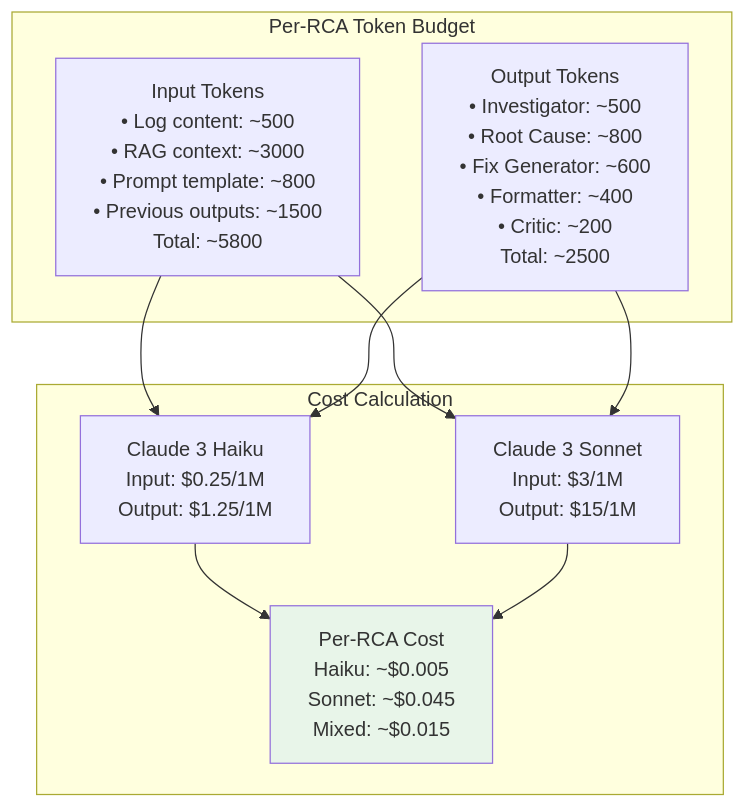
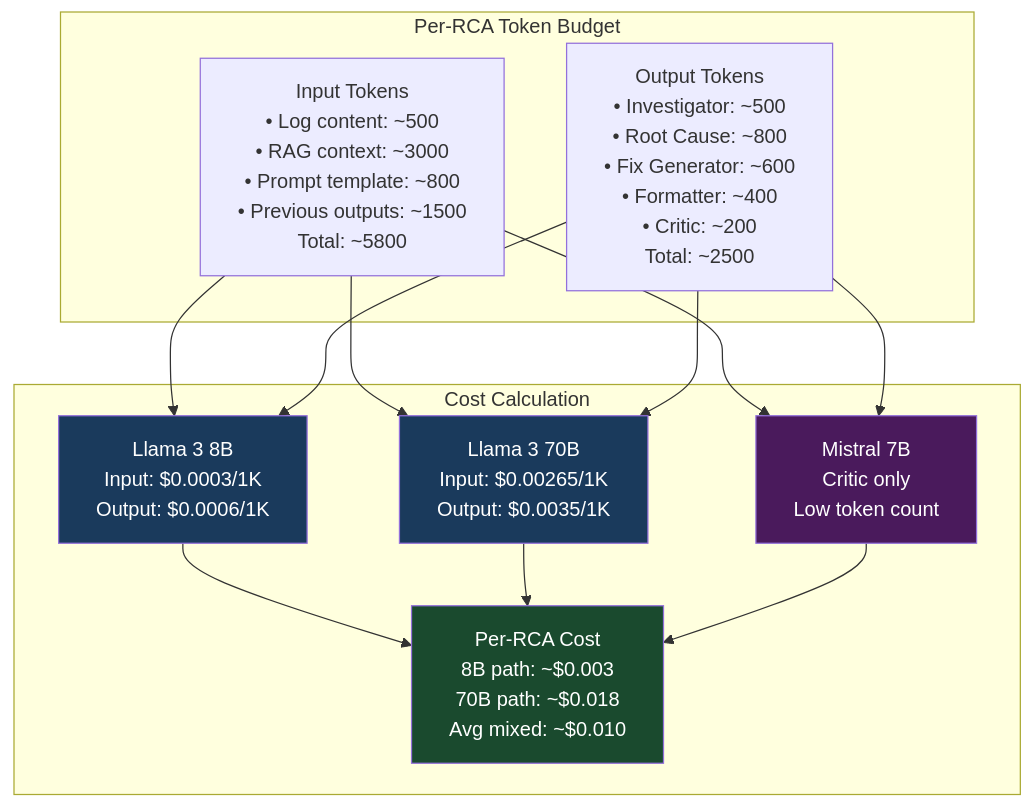
Diagram 15 of 16 in README.md (nasim-raj-laskar/InfraMind), drawn with Mermaid before and after one commit. The commit also changed other lines of this file and 1 other file, not shown here.

````diff
--- a/README.md
+++ b/README.md
@@ -960,25 +936,32 @@
 ```mermaid
 graph TB
     subgraph "Per-RCA Token Budget"
         INPUT["Input Tokens<br/>• Log content: ~500<br/>• RAG context: ~3000<br/>• Prompt template: ~800<br/>• Previous outputs: ~1500<br/>Total: ~5800"]
         
         OUTPUT["Output Tokens<br/>• Investigator: ~500<br/>• Root Cause: ~800<br/>• Fix Generator: ~600<br/>• Formatter: ~400<br/>• Critic: ~200<br/>Total: ~2500"]
     end
     
     subgraph "Cost Calculation"
-        HAIKU["Claude 3 Haiku<br/>Input: $0.25/1M<br/>Output: $1.25/1M"]
-        SONNET["Claude 3 Sonnet<br/>Input: $3/1M<br/>Output: $15/1M"]
+        LLAMA8["Llama 3 8B<br/>Input: $0.0003/1K<br/>Output: $0.0006/1K"]
+        LLAMA70["Llama 3 70B<br/>Input: $0.00265/1K<br/>Output: $0.0035/1K"]
+        MISTRAL["Mistral 7B<br/>Critic only<br/>Low token count"]
         
-        COST["Per-RCA Cost<br/>Haiku: ~$0.005<br/>Sonnet: ~$0.045<br/>Mixed: ~$0.015"]
+        COST["Per-RCA Cost<br/>8B path: ~$0.003<br/>70B path: ~$0.018<br/>Avg mixed: ~$0.010"]
     end
     
-    INPUT --> HAIKU
-    OUTPUT --> HAIKU
-    INPUT --> SONNET
-    OUTPUT --> SONNET
+    INPUT --> LLAMA8
+    OUTPUT --> LLAMA8
+    INPUT --> LLAMA70
+    OUTPUT --> LLAMA70
+    INPUT --> MISTRAL
+    OUTPUT --> MISTRAL
     
-    HAIKU --> COST
-    SONNET --> COST
+    LLAMA8 --> COST
+    LLAMA70 --> COST
+    MISTRAL --> COST
     
-    style COST fill:#e8f5e9
+    style LLAMA8 fill:#1a3a5c,color:#fff
+    style LLAMA70 fill:#1a3a5c,color:#fff
+    style MISTRAL fill:#4a1a5c,color:#fff
+    style COST fill:#1a4a2e,color:#fff
 ```
````
